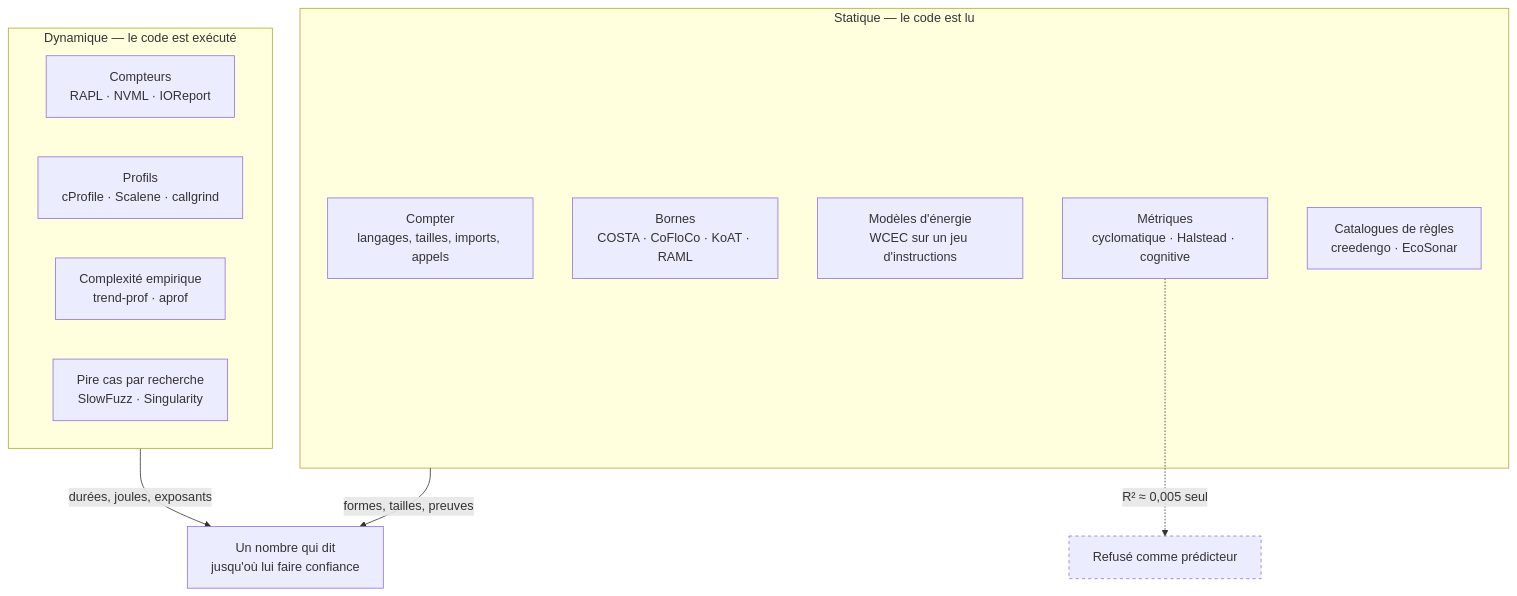
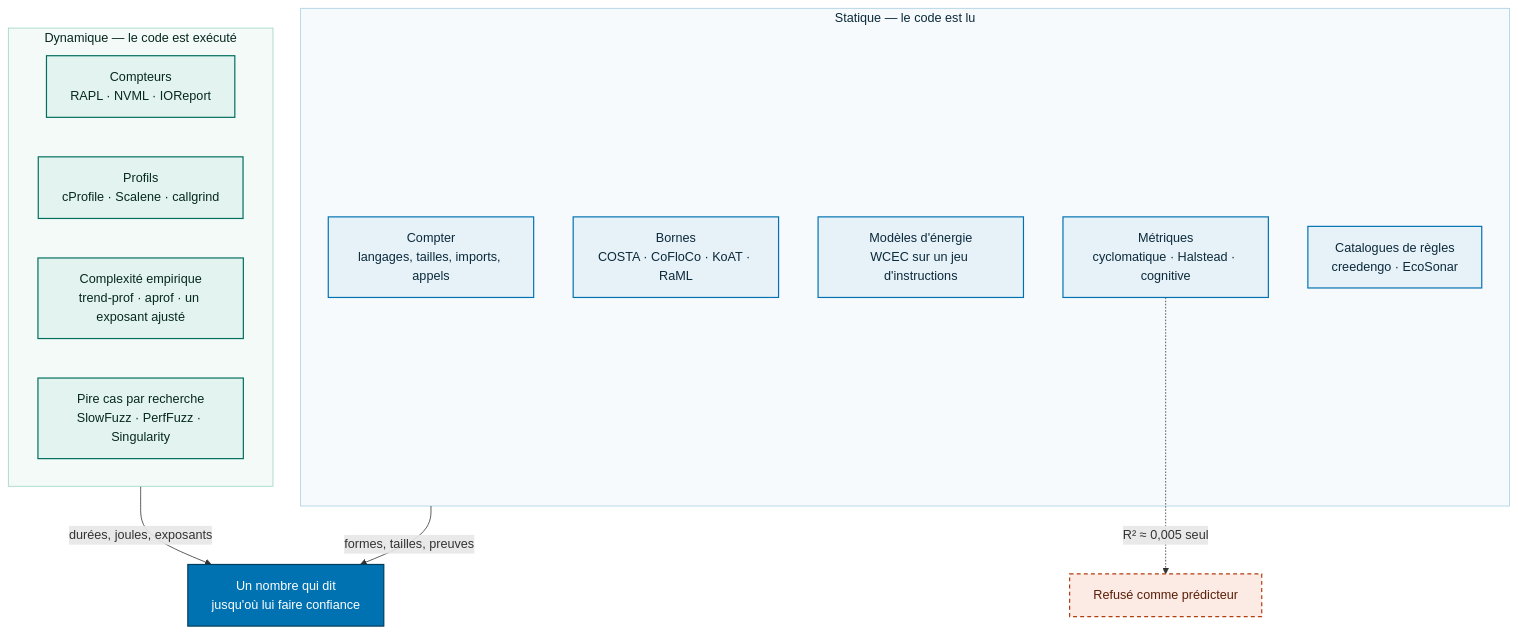
The diagram in ANALYSE.md (warith-harchaoui/saggio), drawn with Mermaid before and after one commit. The commit also changed 6 other files, not shown here.

````diff
--- a/ANALYSE.md
+++ b/ANALYSE.md
@@ -20,20 +20,34 @@
 ```mermaid
+%% Les couleurs sont celles d'Okabe et Ito, sûres pour les déficiences de la
+%% vision des couleurs — la même palette que les rapports et le site. Chacune
+%% accompagne une étiquette écrite : la couleur porte l'emphase, jamais le sens.
 flowchart TB
     subgraph S["Statique — le code est lu"]
         S1["Compter<br/>langages, tailles, imports, appels"]
-        S2["Bornes<br/>COSTA · CoFloCo · KoAT · RAML"]
+        S2["Bornes<br/>COSTA · CoFloCo · KoAT · RaML"]
         S3["Modèles d'énergie<br/>WCEC sur un jeu d'instructions"]
         S4["Métriques<br/>cyclomatique · Halstead · cognitive"]
         S5["Catalogues de règles<br/>creedengo · EcoSonar"]
     end
     subgraph D["Dynamique — le code est exécuté"]
         D1["Compteurs<br/>RAPL · NVML · IOReport"]
         D2["Profils<br/>cProfile · Scalene · callgrind"]
-        D3["Complexité empirique<br/>trend-prof · aprof"]
-        D4["Pire cas par recherche<br/>SlowFuzz · Singularity"]
+        D3["Complexité empirique<br/>trend-prof · aprof · un exposant ajusté"]
+        D4["Pire cas par recherche<br/>SlowFuzz · PerfFuzz · Singularity"]
     end
     S -->|"formes, tailles, preuves"| M["Un nombre qui dit<br/>jusqu'où lui faire confiance"]
     D -->|"durées, joules, exposants"| M
     S4 -.->|"R² ≈ 0,005 seul"| X["Refusé comme prédicteur"]
-    style X stroke-dasharray: 4 4
+
+    classDef read fill:#E7F1F8,stroke:#0072B2,stroke-width:1.5px,color:#0B2A3A
+    classDef run fill:#E3F3EF,stroke:#006E5C,stroke-width:1.5px,color:#06281F
+    classDef kept fill:#0072B2,stroke:#003C5D,stroke-width:1.5px,color:#FFFFFF
+    classDef refused fill:#FBEBE4,stroke:#B43C0F,stroke-width:1.5px,color:#5A1E07
+    class S1,S2,S3,S4,S5 read
+    class D1,D2,D3,D4 run
+    class M kept
+    class X refused
+    style S fill:#F6FAFD,stroke:#A9CFE4,color:#0B2A3A
+    style D fill:#F3FAF8,stroke:#9ED3C6,color:#06281F
+    style X stroke-dasharray: 5 4
 ```
````
